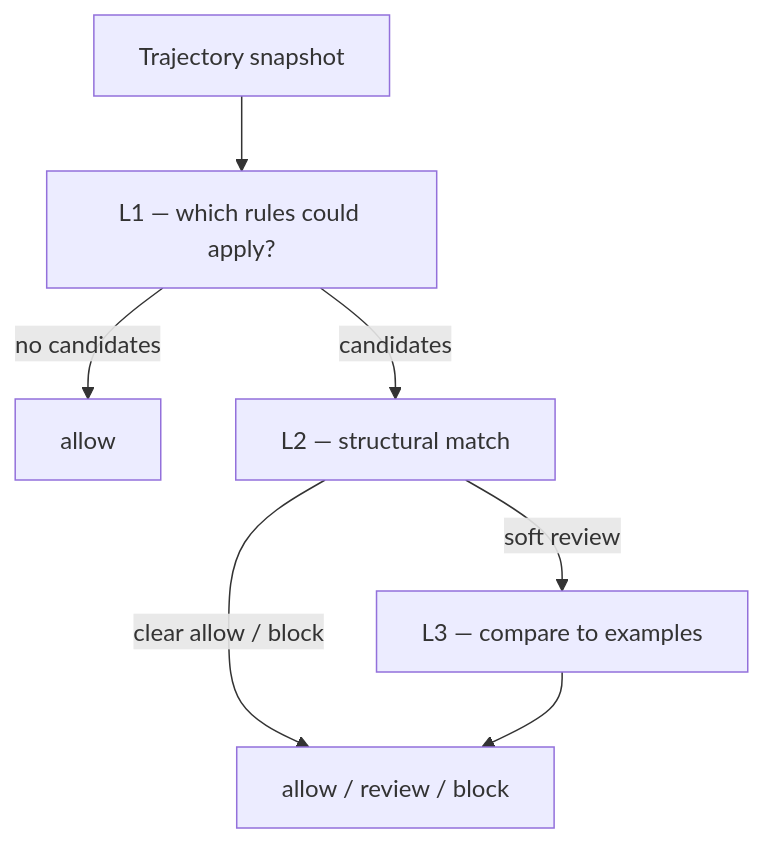
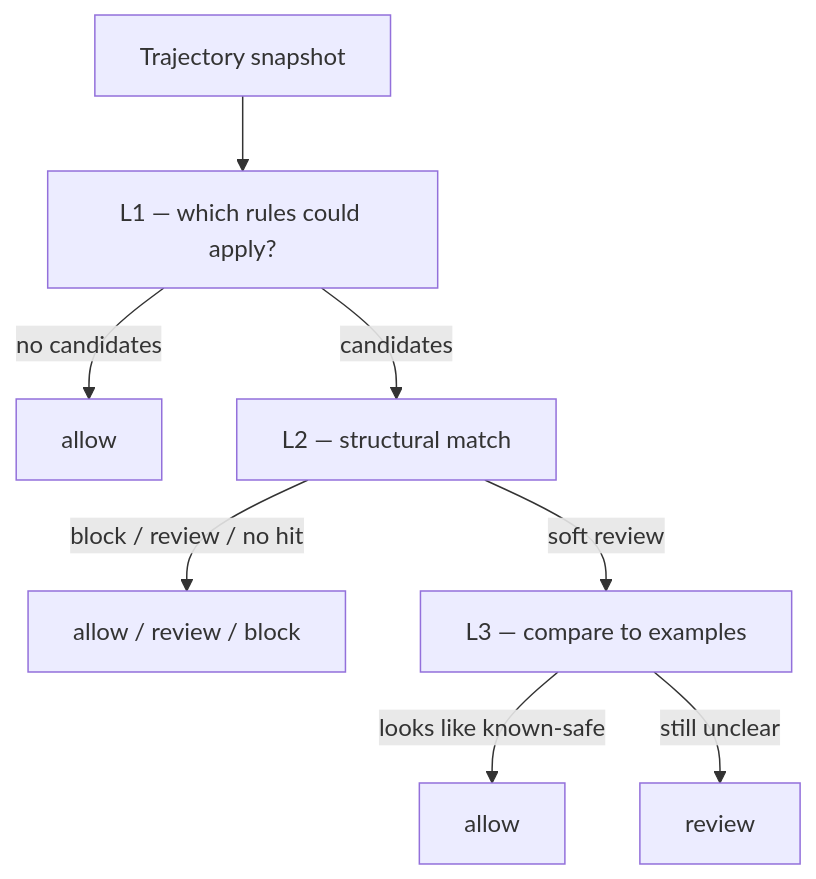
The second of 2 diagrams in README.md (FirstDataUnion/Sentrook), drawn with Mermaid before and after one commit. The commit also changed other lines of this file and 14 other files, not shown here.

````diff
--- a/README.md
+++ b/README.md
@@ -246,9 +208,10 @@
 ```mermaid
 flowchart TD
   In["Trajectory snapshot"] --> L1["L1 — which rules could apply?"]
   L1 -->|"no candidates"| Allow1["allow"]
   L1 -->|"candidates"| L2["L2 — structural match"]
-  L2 -->|"clear allow / block"| Out["allow / review / block"]
+  L2 -->|"block / review / no hit"| Out["allow / review / block"]
   L2 -->|"soft review"| L3["L3 — compare to examples"]
-  L3 --> Out
+  L3 -->|"looks like known-safe"| Allow2["allow"]
+  L3 -->|"still unclear"| Review["review"]
 ```
````
